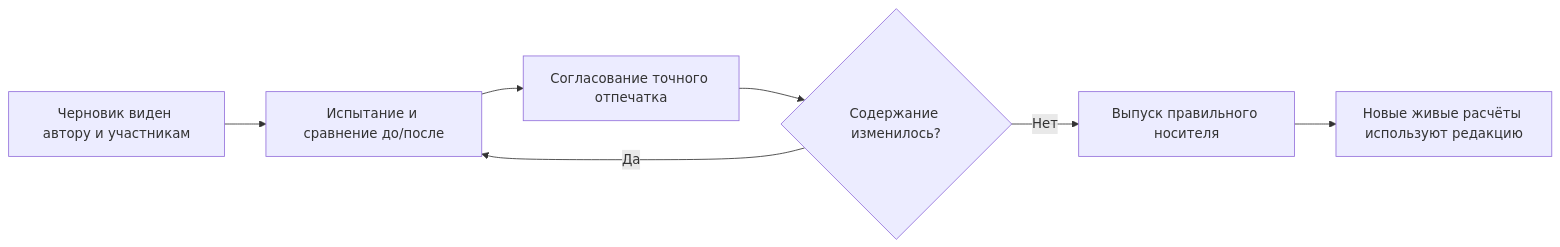
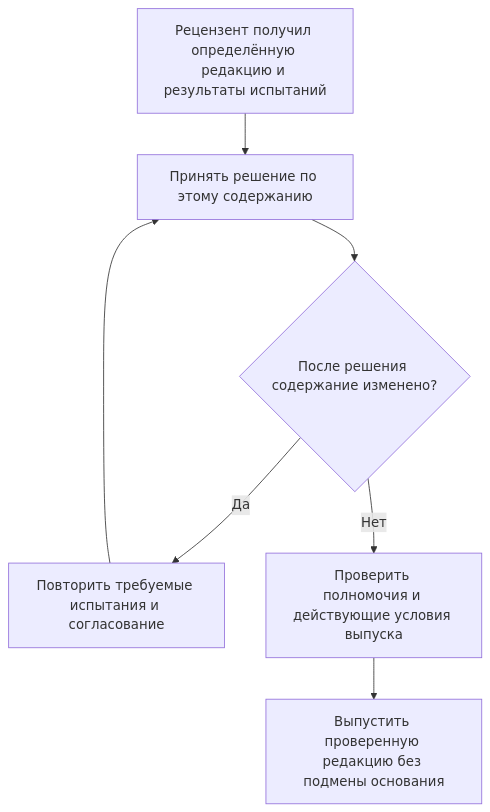
The second of 2 diagrams in wiki/Selection-rule-lifecycle.md (ZelAnton/Interlink-product-book), drawn with Mermaid before and after one commit. The commit also changed other lines of this file and 231 other files, not shown here.

````diff
--- a/wiki/Selection-rule-lifecycle.md
+++ b/wiki/Selection-rule-lifecycle.md
@@ -70,9 +46,9 @@
 ```mermaid
-flowchart LR
-    A["Черновик виден автору и участникам"] --> B["Испытание и сравнение до/после"]
-    B --> C["Согласование точного отпечатка"]
-    C --> D{"Содержание изменилось?"}
-    D -->|"Да"| B
-    D -->|"Нет"| E["Выпуск правильного носителя"]
-    E --> F["Новые живые расчёты используют редакцию"]
+flowchart TD
+    A["Рецензент получил определённую редакцию и результаты испытаний"] --> B["Принять решение по этому содержанию"]
+    B --> C{"После решения содержание изменено?"}
+    C -->|Да| D["Повторить требуемые испытания и согласование"]
+    C -->|Нет| E["Проверить полномочия и действующие условия выпуска"]
+    D --> B
+    E --> F["Выпустить проверенную редакцию без подмены основания"]
 ```
````
